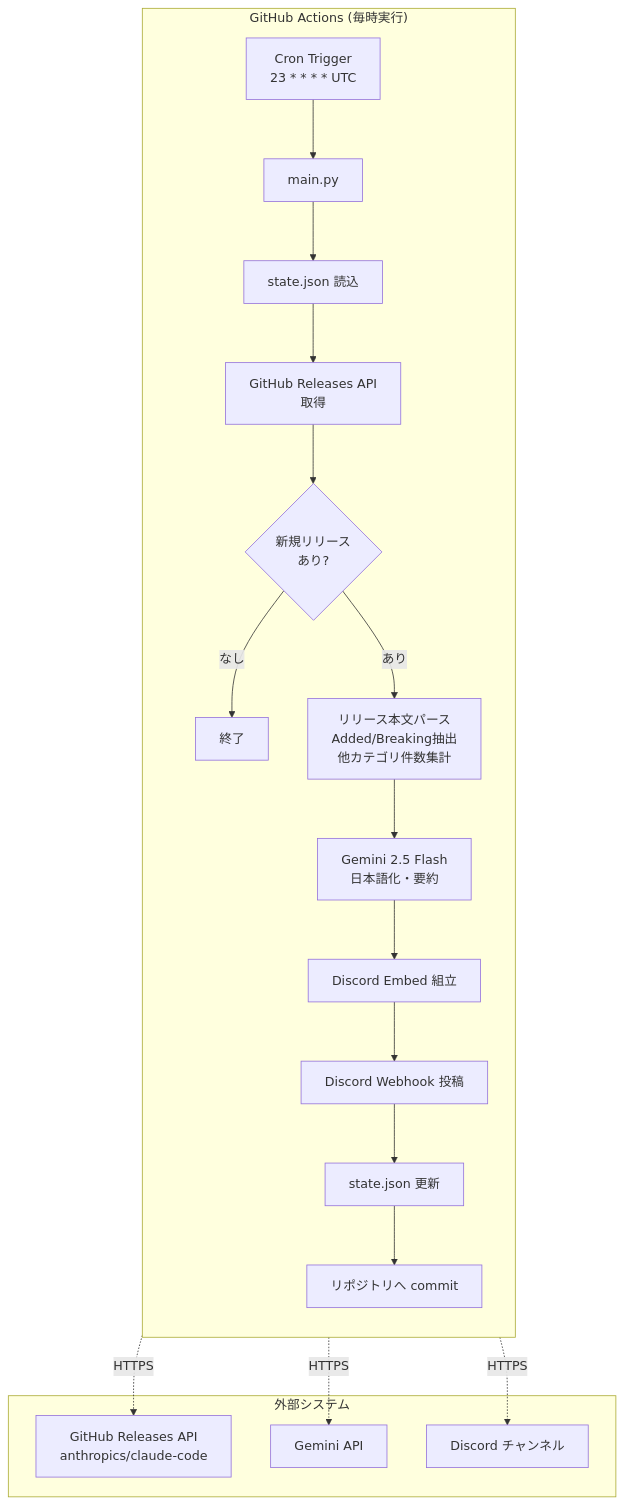
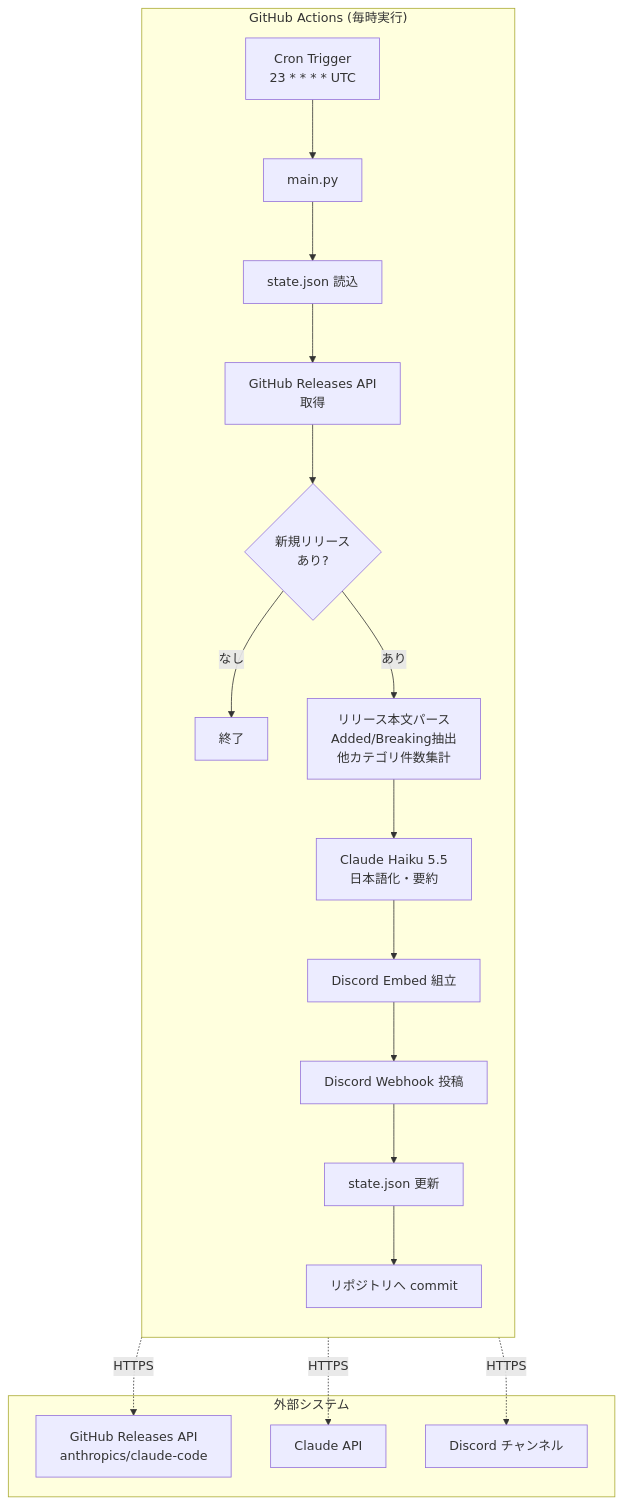
Before and after one commit to local-min/cc-discord-notifier: the first of 2 diagrams in claude-code-release-notifier/doc/claude-code-discord-notifier-spec.md, drawn with Mermaid. The commit also changed other lines of this file and 19 other files, not shown here.

First line of the commit message:
feat: 翻訳を Gemini から Claude Haiku 5.5 に切り替え GEMINI_API_KEY を不要にする

````diff
--- a/claude-code-release-notifier/doc/claude-code-discord-notifier-spec.md
+++ b/claude-code-release-notifier/doc/claude-code-discord-notifier-spec.md
@@ -56,27 +54,27 @@
 ```mermaid
 flowchart TB
     subgraph GH["GitHub Actions (毎時実行)"]
         direction TB
         T[Cron Trigger<br/>23 * * * * UTC] --> M[main.py]
         M --> S1[state.json 読込]
         S1 --> GHC[GitHub Releases API<br/>取得]
         GHC --> DIFF{新規リリース<br/>あり?}
         DIFF -->|なし| END[終了]
         DIFF -->|あり| PARSE[リリース本文パース<br/>Added/Breaking抽出<br/>他カテゴリ件数集計]
-        PARSE --> GEM[Gemini 2.5 Flash<br/>日本語化・要約]
-        GEM --> EMBED[Discord Embed 組立]
+        PARSE --> LLM[Claude Haiku 5.5<br/>日本語化・要約]
+        LLM --> EMBED[Discord Embed 組立]
         EMBED --> HOOK[Discord Webhook 投稿]
         HOOK --> S2[state.json 更新]
         S2 --> COMMIT[リポジトリへ commit]
     end
 
     subgraph EXT["外部システム"]
         GHAPI[GitHub Releases API<br/>anthropics/claude-code]
-        GEMAPI[Gemini API]
+        CLAUDEAPI[Claude API]
         DISCORD[Discord チャンネル]
     end
 
     GHC -.->|HTTPS| GHAPI
-    GEM -.->|HTTPS| GEMAPI
+    LLM -.->|HTTPS| CLAUDEAPI
     HOOK -.->|HTTPS| DISCORD
 ```
````
